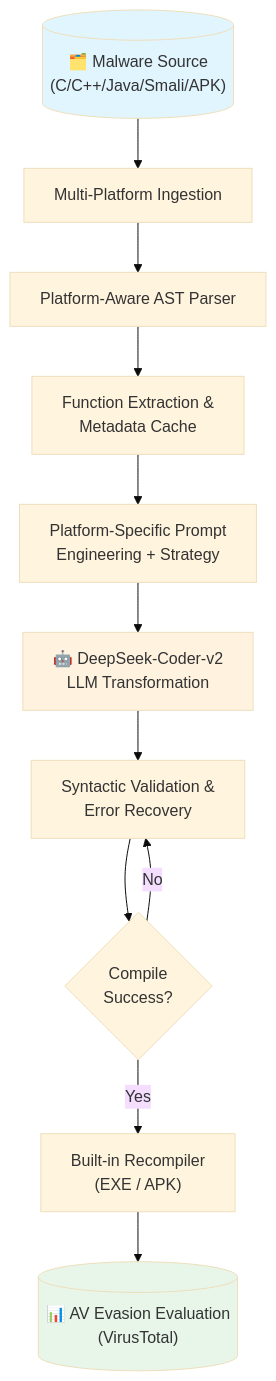
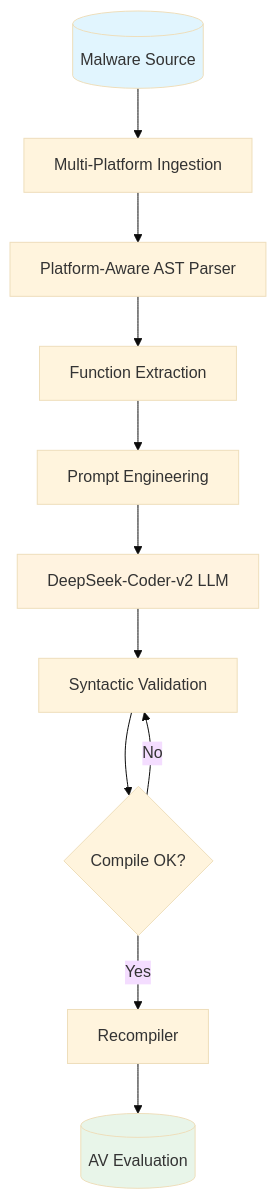
The first of 4 diagrams in _pages/projects.md (Mahim05078/mahim05078.github.io), drawn with Mermaid (base theme) before and after one commit. The commit also changed other lines of this file, not shown here.

Commit message:
update Dec 25:5 - mermaid diagrams

```diff
--- a/_pages/projects.md
+++ b/_pages/projects.md
@@ -27,17 +27,17 @@
 <div class="mermaid">
 flowchart TD
-    A[("🗂️ Malware Source<br/>(C/C++/Java/Smali/APK)")] --> B["Multi-Platform Ingestion"]
-    B --> C["Platform-Aware AST Parser"]
-    C --> D["Function Extraction &<br/>Metadata Cache"]
-    D --> E["Platform-Specific Prompt<br/>Engineering + Strategy"]
-    E --> F["🤖 DeepSeek-Coder-v2<br/>LLM Transformation"]
-    F --> G["Syntactic Validation &<br/>Error Recovery"]
-    G --> H{"Compile<br/>Success?"}
+    A[(Malware Source)] --> B[Multi-Platform Ingestion]
+    B --> C[Platform-Aware AST Parser]
+    C --> D[Function Extraction]
+    D --> E[Prompt Engineering]
+    E --> F[DeepSeek-Coder-v2 LLM]
+    F --> G[Syntactic Validation]
+    G --> H{Compile OK?}
     H -->|No| G
-    H -->|Yes| I["Built-in Recompiler<br/>(EXE / APK)"]
-    I --> J[("📊 AV Evasion Evaluation<br/>(VirusTotal)")]
+    H -->|Yes| I[Recompiler]
+    I --> J[(AV Evaluation)]
 
     style A fill:#e1f5fe
     style F fill:#fff3e0
     style J fill:#e8f5e9
 </div>
```
